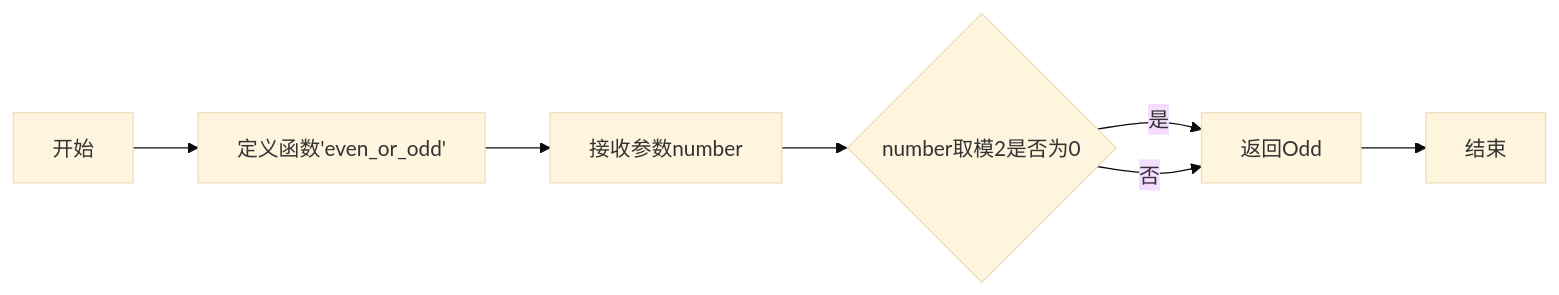
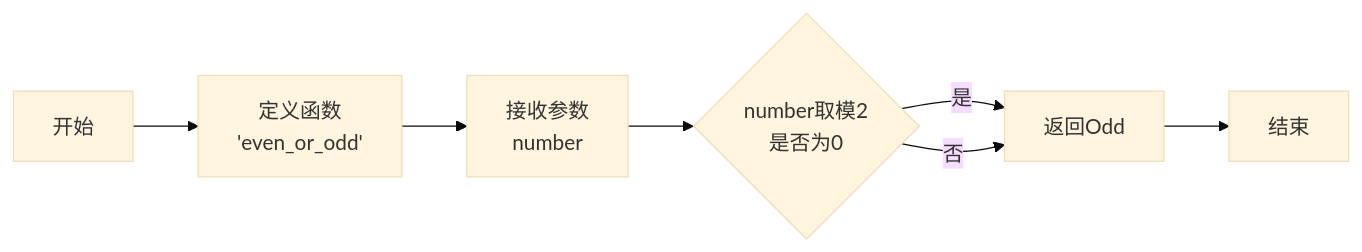
Before and after one commit to RonaWhite/python: the third of 3 diagrams in experiment2.md, drawn with Mermaid (base theme). The commit also changed other lines of this file and 1 other file, not shown here.

````diff
--- a/experiment2.md
+++ b/experiment2.md
@@ -519,9 +519,12 @@
 ```mermaid
 flowchart LR
-    A[开始] --> B[定义函数'even_or_odd']
-    B --> C[接收参数number]
-    C --> D{number取模2是否为0}
+    A[开始] --> B[定义函数
+    'even_or_odd']
+    B --> C[接收参数
+    number]
+    C --> D{number取模2
+    是否为0}
     D --> |是| E[返回Even]
     E --> F[结束]
     D --> |否| E[返回Odd]
 ```
````
